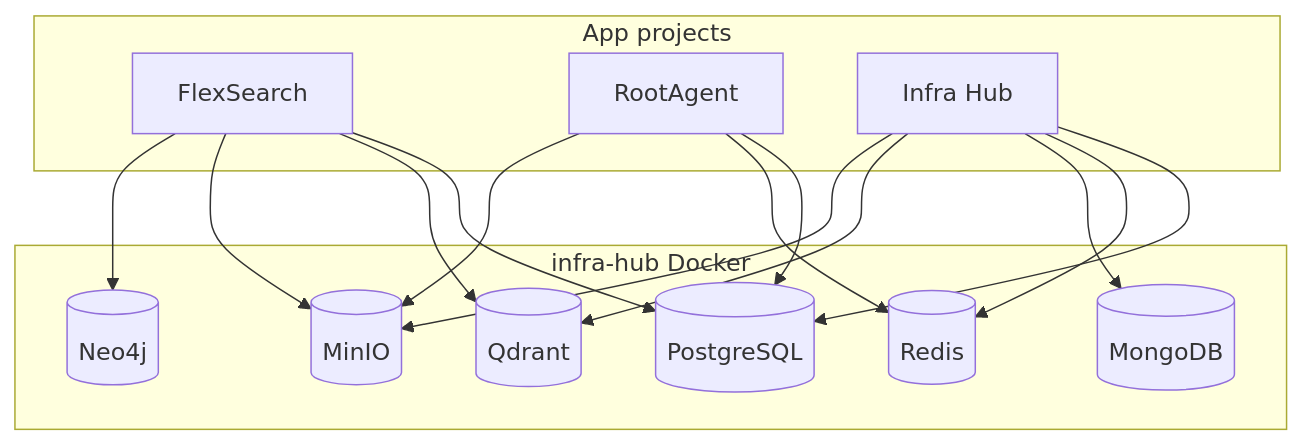
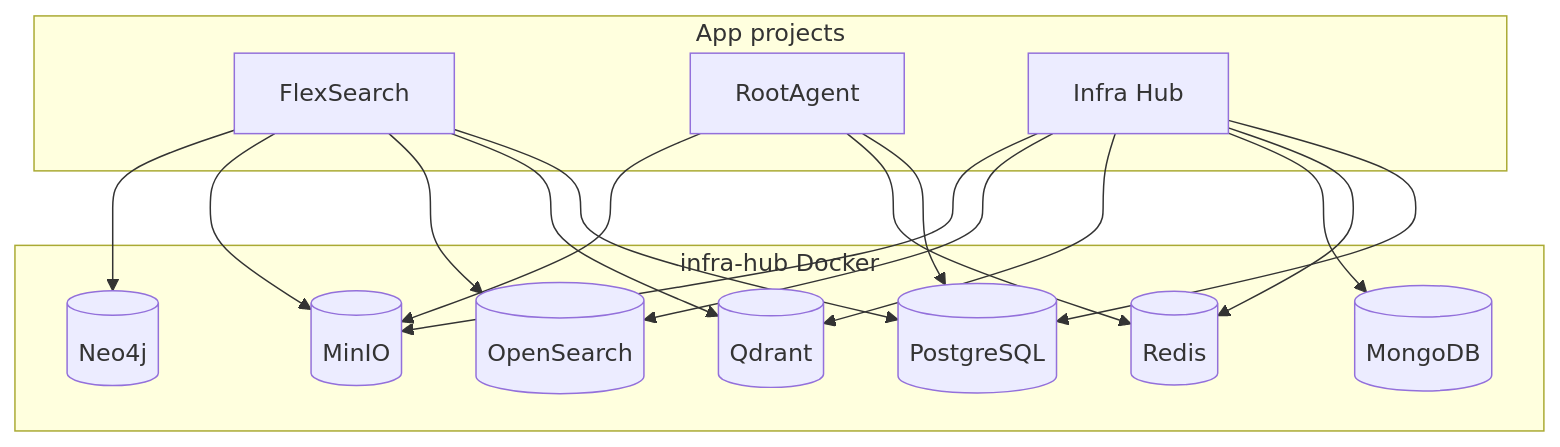
The diagram in README.md (SKT27182/infra-hub), drawn with Mermaid before and after one commit. The commit also changed other lines of this file and 23 other files, not shown here.

First line of the commit message:
feat: integrate OpenSearch service into the application

````diff
--- a/README.md
+++ b/README.md
@@ -164,28 +180,31 @@
 ```mermaid
 flowchart TB
   subgraph apps [App projects]
     FS[FlexSearch]
     RA[RootAgent]
     IH[Infra Hub]
   end
   subgraph infra [infra-hub Docker]
     PG[(PostgreSQL)]
     RD[(Redis)]
     MG[(MongoDB)]
     QD[(Qdrant)]
+    OS[(OpenSearch)]
     MN[(MinIO)]
     NJ[(Neo4j)]
   end
   FS --> PG
   FS --> QD
+  FS --> OS
   FS --> MN
   FS --> NJ
   RA --> PG
   RA --> RD
   RA --> MN
   IH --> PG
   IH --> RD
   IH --> MG
   IH --> QD
+  IH --> OS
   IH --> MN
 ```
````
